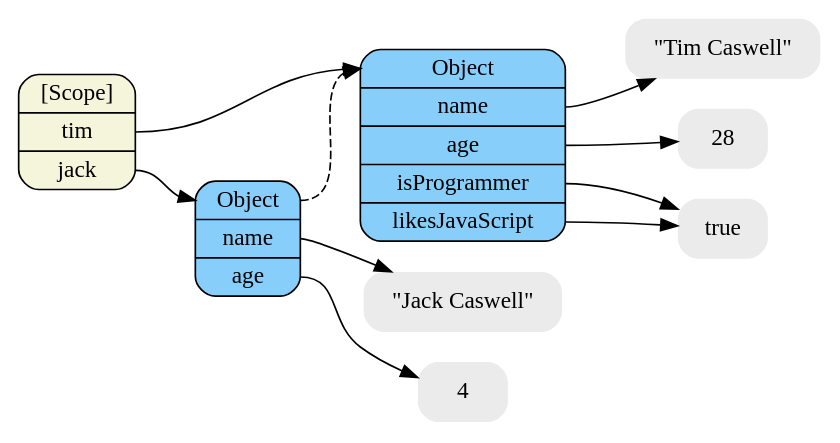
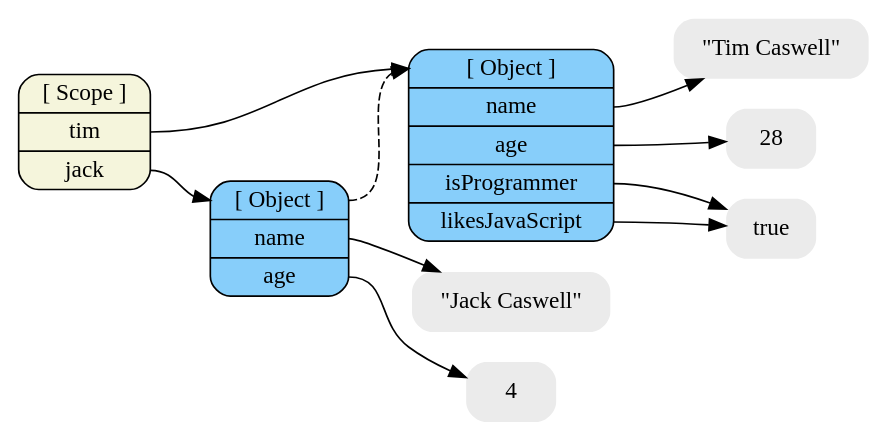
The diagram in articles/object-graphs/objects.dot (creationix/howtonode.org), drawn with Graphviz before and after one commit. The commit also changed 5 other files, not shown here.

First line of the commit message:
Update the diagrams a little more.

```diff
--- a/articles/object-graphs/objects.dot
+++ b/articles/object-graphs/objects.dot
@@ -1,37 +1,37 @@
 digraph finite_state_machine {
 	size="8,5"
 	rankdir = "LR"
 
   /* Execution Contexts */
   node [shape=Mrecord, fillcolor=beige, style=filled];
-  top [label="<__proto__>[Scope]|<tim>tim|<jack>jack"];
+  top [label="<__proto__>[ Scope ]|<tim>tim|<jack>jack"];
 
   /* Normal Objects */
   node [shape = Mrecord, fillcolor=lightskyblue, style=filled];
-  obj1 [label = "<__proto__>Object|<name>name|<age>age|<isProgrammer>isProgrammer|<likesJavaScript>likesJavaScript"];
-  obj2 [label = "<__proto__>Object|<name>name|<age>age"];
+  obj1 [label = "<__proto__>[ Object ]|<name>name|<age>age|<isProgrammer>isProgrammer|<likesJavaScript>likesJavaScript"];
+  obj2 [label = "<__proto__>[ Object ]|<name>name|<age>age"];
 
 
   /* Literals */
   node [shape = plaintext, fillcolor=gray92, style="filled,rounded"];
   s_tim [label="\"Tim Caswell\""]
   s_jack [label="\"Jack Caswell\""]
   true [label="true"]
   n4 [label="4"]
   n28 [label="28"]
   
   /* References */
   top:tim -> obj1:__proto__;
   obj1:name -> s_tim;
   obj1:age -> n28;
   obj1:isProgrammer -> true;
   obj1:likesJavaScript -> true;
   top:jack -> obj2:__proto__;
   obj2:name -> s_jack;
   obj2:age -> n4;
   
   /* Inheritance Chains */
   edge [style=dashed]
   obj2:__proto__ -> obj1:__proto__;
 
 }
```
